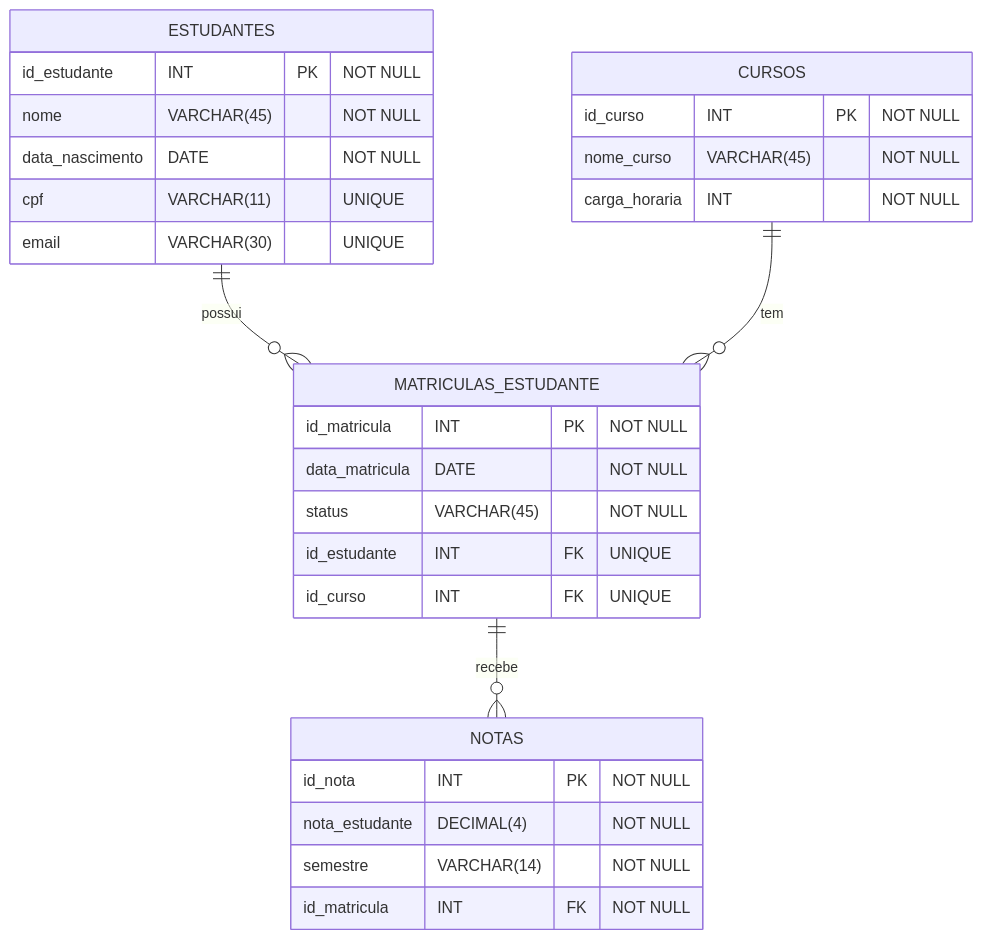
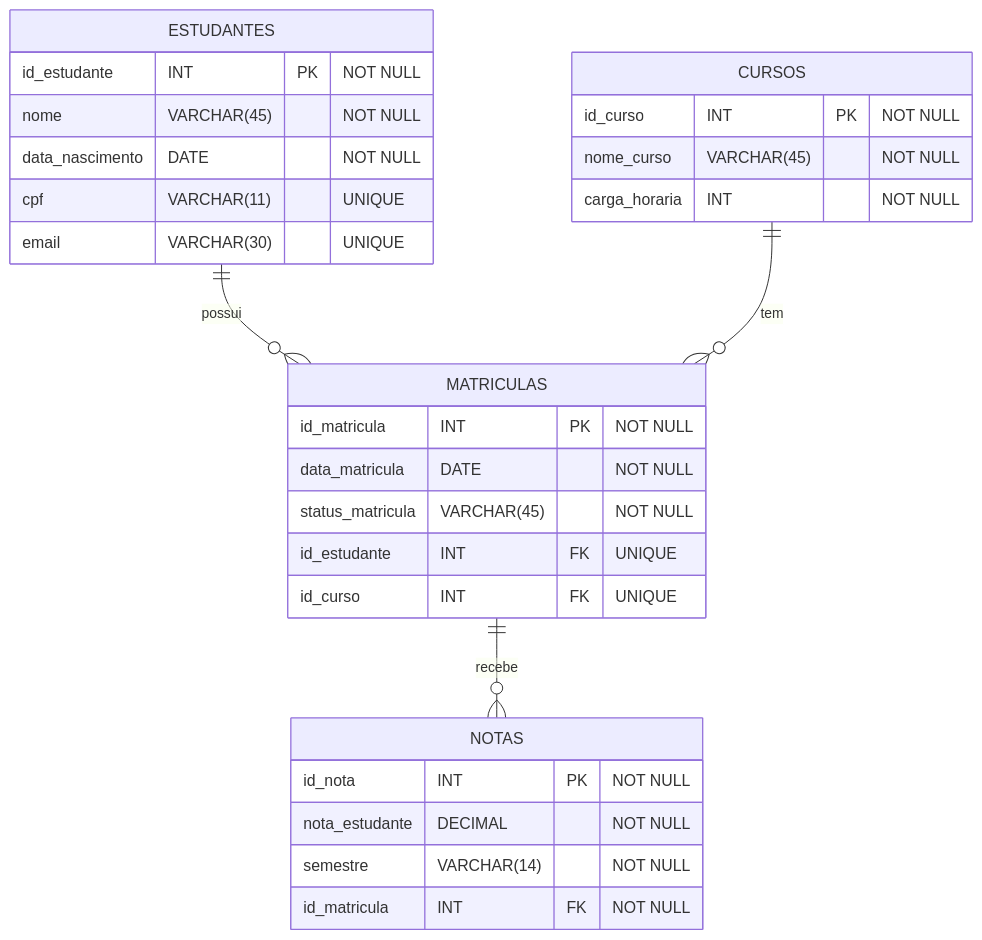
Before and after one commit to LaysonBatista/crud-gestao-estudantes: the diagram in diagrams/DIAGRAMA_RELACIONAL_ESTUDANTES.mmd, drawn with Mermaid. The commit also changed 2 other files, not shown here.

Commit message:
Adding minor changes into sql script and relational diagram

```diff
--- a/diagrams/DIAGRAMA_RELACIONAL_ESTUDANTES.mmd
+++ b/diagrams/DIAGRAMA_RELACIONAL_ESTUDANTES.mmd
@@ -1,33 +1,33 @@
 erDiagram
     ESTUDANTES {
         id_estudante INT PK "NOT NULL"
         nome VARCHAR(45) "NOT NULL"
         data_nascimento DATE "NOT NULL"
         cpf VARCHAR(11) "UNIQUE"
         email VARCHAR(30) "UNIQUE"
     }
 
-    MATRICULAS_ESTUDANTE {
+    MATRICULAS {
         id_matricula INT PK "NOT NULL"
         data_matricula DATE "NOT NULL"
-        status VARCHAR(45) "NOT NULL"
+        status_matricula VARCHAR(45) "NOT NULL"
         id_estudante INT FK "UNIQUE"
         id_curso INT FK "UNIQUE"
     }
 
     NOTAS {
         id_nota INT PK "NOT NULL"
-        nota_estudante DECIMAL(4) "NOT NULL"
+        nota_estudante DECIMAL "NOT NULL"
         semestre VARCHAR(14) "NOT NULL"
         id_matricula INT FK "NOT NULL"
     }
 
     CURSOS {
         id_curso INT PK "NOT NULL"
         nome_curso VARCHAR(45) "NOT NULL"
         carga_horaria INT "NOT NULL"
     }
 
-    ESTUDANTES ||--o{ MATRICULAS_ESTUDANTE : "possui"
-    CURSOS ||--o{ MATRICULAS_ESTUDANTE : "tem"
-    MATRICULAS_ESTUDANTE ||--o{ NOTAS : "recebe"
+    ESTUDANTES ||--o{ MATRICULAS : "possui"
+    CURSOS ||--o{ MATRICULAS : "tem"
+    MATRICULAS ||--o{ NOTAS : "recebe"
```
